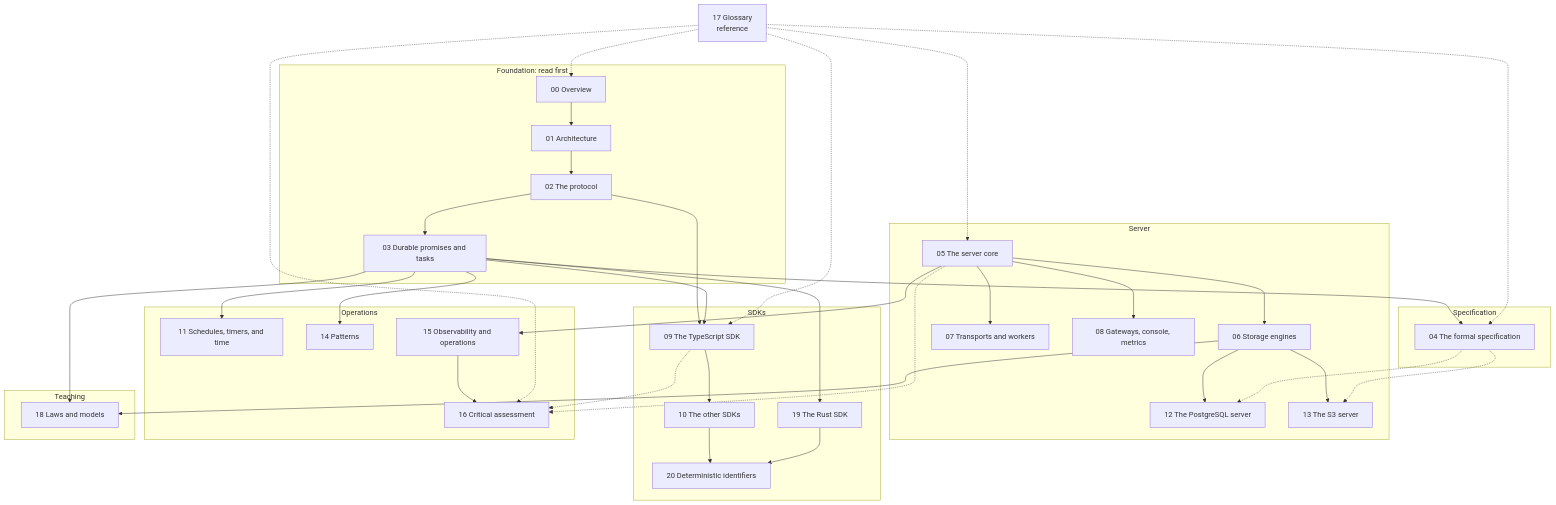
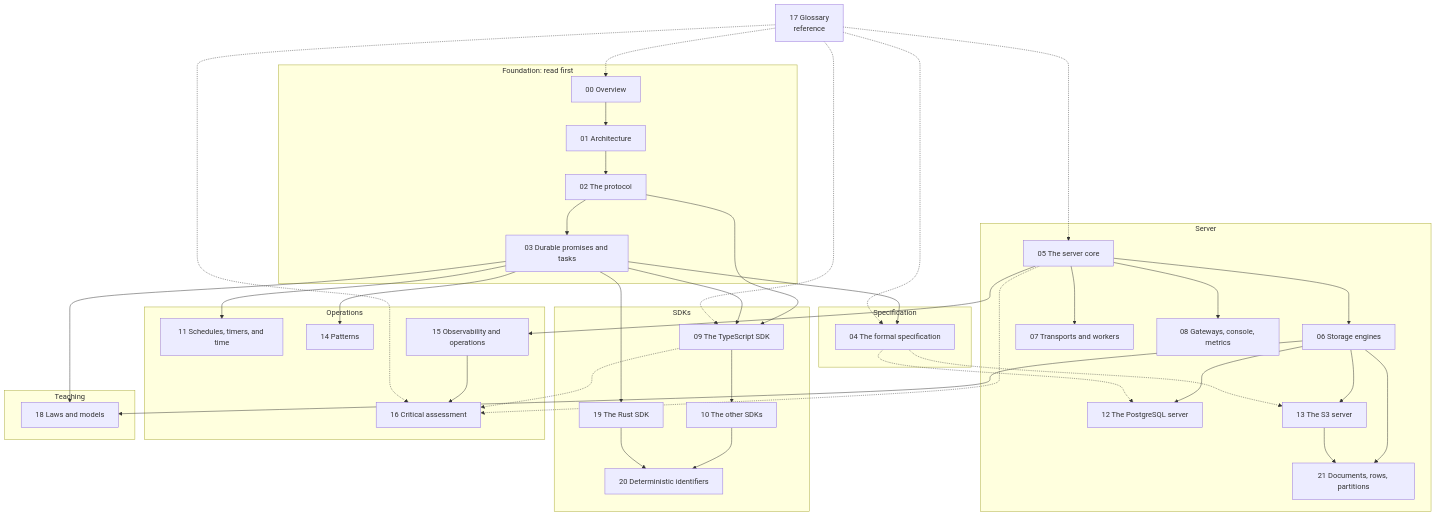
Before and after one commit to ewe-studios/explorations: the second of 2 diagrams in src.durable-streams/src.resonate/markdown/README.md, drawn with Mermaid. The commit also changed other lines of this file and 16 other files, not shown here.

````diff
--- a/src.durable-streams/src.resonate/markdown/README.md
+++ b/src.durable-streams/src.resonate/markdown/README.md
@@ -118,66 +119,69 @@
 ```mermaid
 flowchart TB
     subgraph F["Foundation: read first"]
         O["00 Overview"]
         A["01 Architecture"]
         P["02 The protocol"]
         D["03 Durable promises and tasks"]
         O --> A
         A --> P
         P --> D
     end
     subgraph SP["Specification"]
         FS["04 The formal specification"]
     end
     subgraph SV["Server"]
         C["05 The server core"]
         ST["06 Storage engines"]
         T["07 Transports and workers"]
         GW["08 Gateways, console, metrics"]
         PG["12 The PostgreSQL server"]
         S3S["13 The S3 server"]
+        DR["21 Documents, rows, partitions"]
         C --> ST
         C --> T
         C --> GW
         ST --> PG
         ST --> S3S
+        ST --> DR
+        S3S --> DR
     end
     subgraph SDK["SDKs"]
         TS["09 The TypeScript SDK"]
         OS["10 The other SDKs"]
         RS["19 The Rust SDK"]
         ID["20 Deterministic identifiers"]
     end
     subgraph OP["Operations"]
         SCH["11 Schedules, timers, and time"]
         PAT["14 Patterns"]
         OBS["15 Observability and operations"]
         CR["16 Critical assessment"]
     end
     subgraph TE["Teaching"]
         LW["18 Laws and models"]
     end
     G["17 Glossary<br/>reference"]
     D --> FS
     P --> TS
     D --> TS
     D --> RS
     TS --> OS
     OS --> ID
     RS --> ID
     D --> SCH
     D --> PAT
     C --> OBS
     OBS --> CR
     D --> LW
     ST --> LW
     FS -.-> PG
     FS -.-> S3S
     C -.-> CR
     TS -.-> CR
     G -.-> O
     G -.-> FS
     G -.-> C
     G -.-> TS
     G -.-> CR
 ```
````
